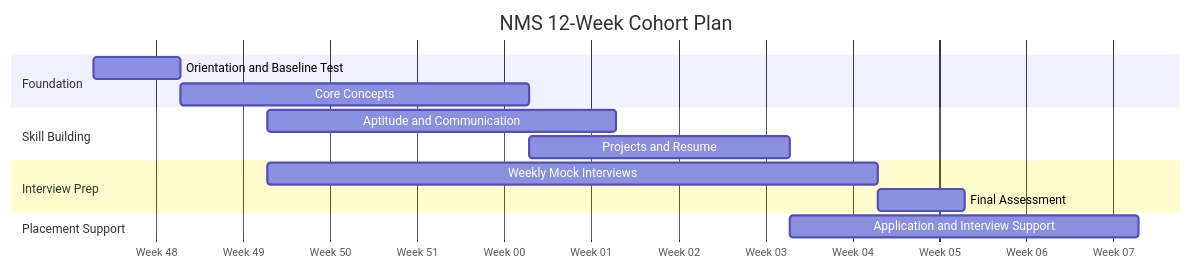
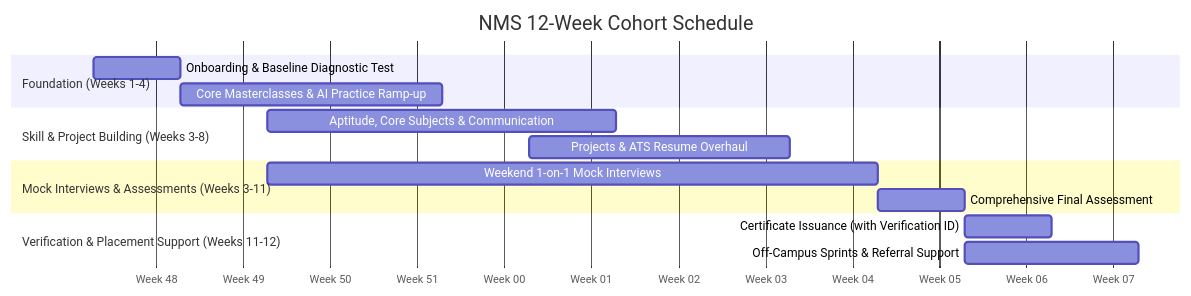
One commit to Anshitva7mishra/nms-placement-cohort changed the diagram in docs/operations/cohort-timeline.md. Above: the diagram before and after it, drawn with Mermaid. The commit also changed other lines of this file and 24 other files, not shown here.

````diff
--- a/docs/operations/cohort-timeline.md
+++ b/docs/operations/cohort-timeline.md
@@ -5,17 +5,18 @@
 ```mermaid
 gantt
-    title NMS 12-Week Cohort Plan
+    title NMS 12-Week Cohort Schedule
     dateFormat  YYYY-MM-DD
     axisFormat  Week %W
-    section Foundation
-    Orientation and Baseline Test     :a1, 2026-12-01, 7d
-    Core Concepts                     :a2, after a1, 28d
-    section Skill Building
-    Aptitude and Communication        :b1, 2026-12-15, 28d
-    Projects and Resume               :b2, 2027-01-05, 21d
-    section Interview Prep
-    Weekly Mock Interviews            :c1, 2026-12-15, 49d
-    Final Assessment                  :c2, after c1, 7d
-    section Placement Support
-    Application and Interview Support :d1, 2027-01-26, 28d
+    section Foundation (Weeks 1-4)
+    Onboarding & Baseline Diagnostic Test     :a1, 2026-12-01, 7d
+    Core Masterclasses & AI Practice Ramp-up  :a2, after a1, 21d
+    section Skill & Project Building (Weeks 3-8)
+    Aptitude, Core Subjects & Communication   :b1, 2026-12-15, 28d
+    Projects & ATS Resume Overhaul            :b2, 2027-01-05, 21d
+    section Mock Interviews & Assessments (Weeks 3-11)
+    Weekend 1-on-1 Mock Interviews            :c1, 2026-12-15, 49d
+    Comprehensive Final Assessment            :c2, 2027-02-02, 7d
+    section Verification & Placement Support (Weeks 11-12)
+    Certificate Issuance (with Verification ID):d1, 2027-02-09, 7d
+    Off-Campus Sprints & Referral Support     :d2, 2027-02-09, 14d
 ```
````
